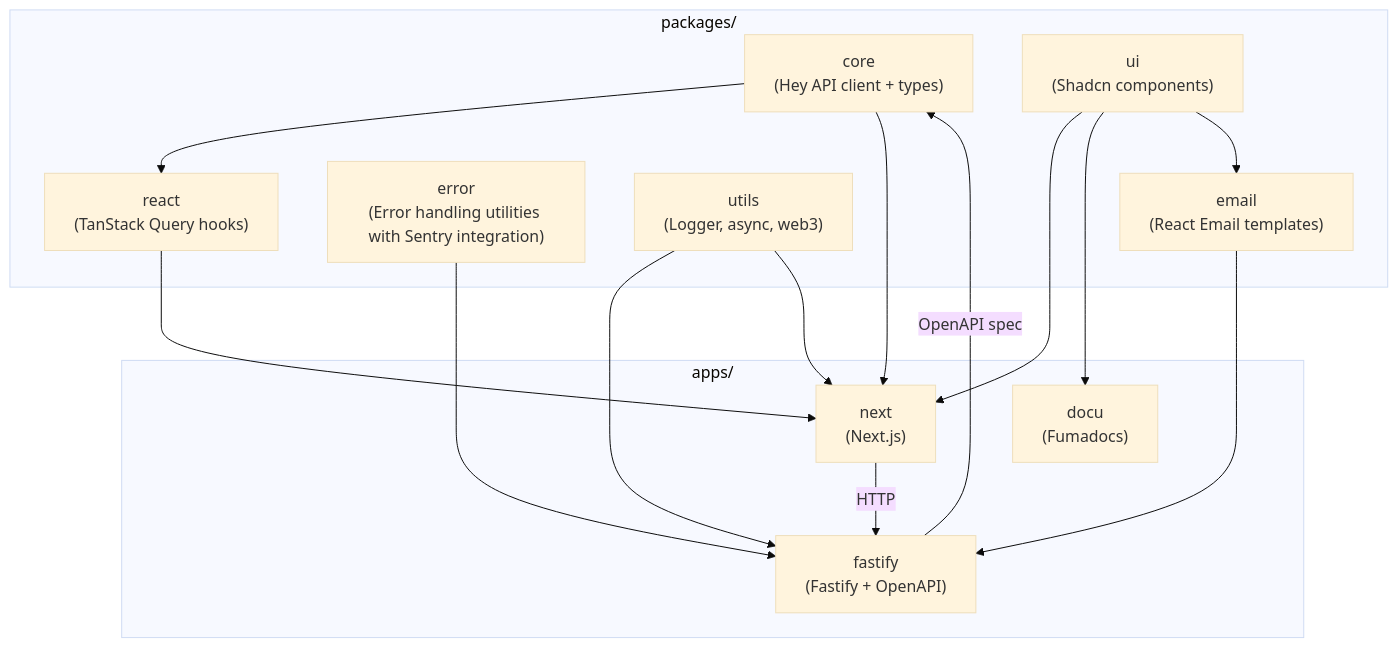
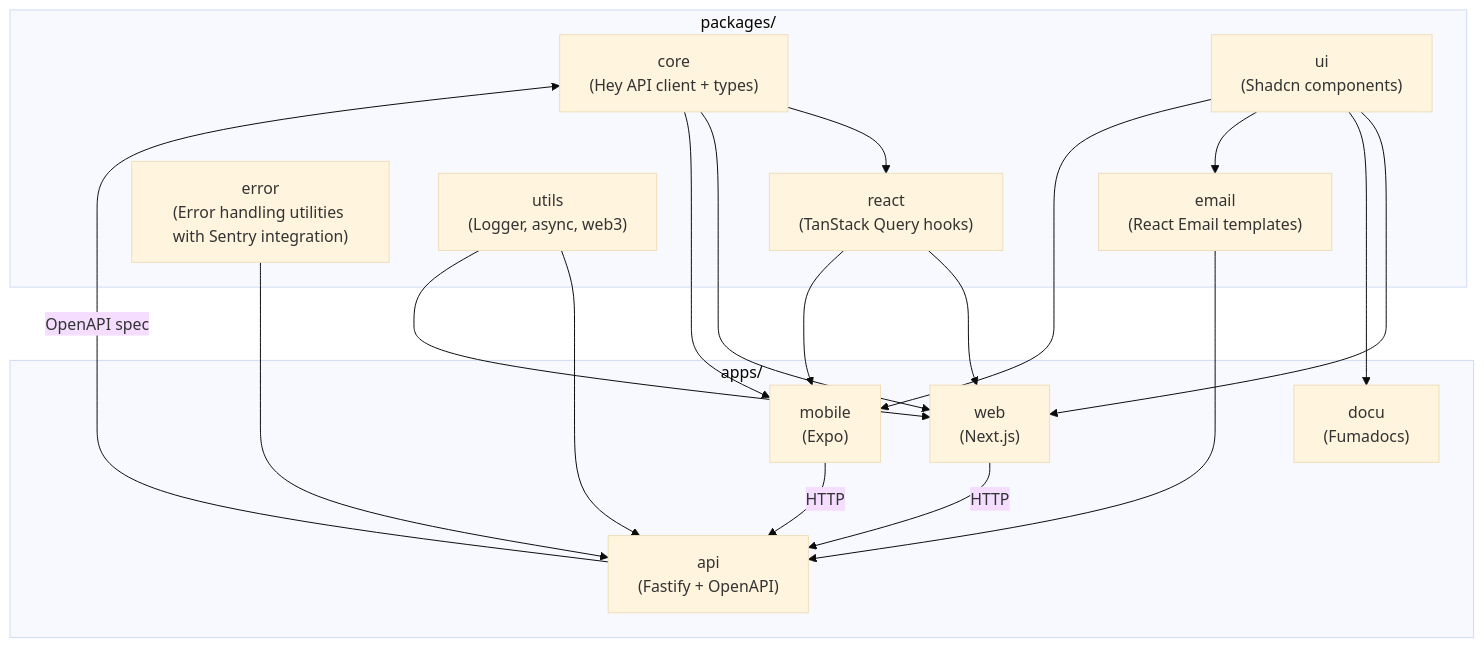
One commit to blockmatic/basilic changed the diagram in apps/docu/content/docs/architecture/monorepo.mdx. Above: the diagram before and after it, drawn with Mermaid (base theme). The commit also changed other lines of this file and 132 other files, not shown here.

First line of the commit message:
feat(mobile): add expo app with tailwind, ui tokens; fix cli api path (#140)

````diff
--- a/apps/docu/content/docs/architecture/monorepo.mdx
+++ b/apps/docu/content/docs/architecture/monorepo.mdx
@@ -28,30 +28,35 @@
 ```mermaid
 flowchart TB
   subgraph Packages["packages/"]
     Core["core<br/>(Hey API client + types)"]
     React["react<br/>(TanStack Query hooks)"]
     UI["ui<br/>(Shadcn components)"]
     Error["error<br/>(Error handling utilities with Sentry integration)"]
     Utils["utils<br/>(Logger, async, web3)"]
     Email["email<br/>(React Email templates)"]
   end
 
   subgraph Apps["apps/"]
-    Fastify["fastify<br/>(Fastify + OpenAPI)"]
-    Next["next<br/>(Next.js)"]
+    API["api<br/>(Fastify + OpenAPI)"]
+    Web["web<br/>(Next.js)"]
+    Mobile["mobile<br/>(Expo)"]
     Docu["docu<br/>(Fumadocs)"]
   end
 
-  Fastify -->|OpenAPI spec| Core
+  API -->|OpenAPI spec| Core
   Core --> React
-  React --> Next
-  Core --> Next
-  UI --> Next
+  React --> Web
+  Core --> Web
+  UI --> Web
   UI --> Docu
   UI --> Email
-  Error --> Fastify
-  Utils --> Fastify
-  Email --> Fastify
-  Utils --> Next
-  Next -->|HTTP| Fastify
+  Error --> API
+  Utils --> API
+  Email --> API
+  Utils --> Web
+  React --> Mobile
+  Core --> Mobile
+  UI --> Mobile
+  Web -->|HTTP| API
+  Mobile -->|HTTP| API
 ```
````
